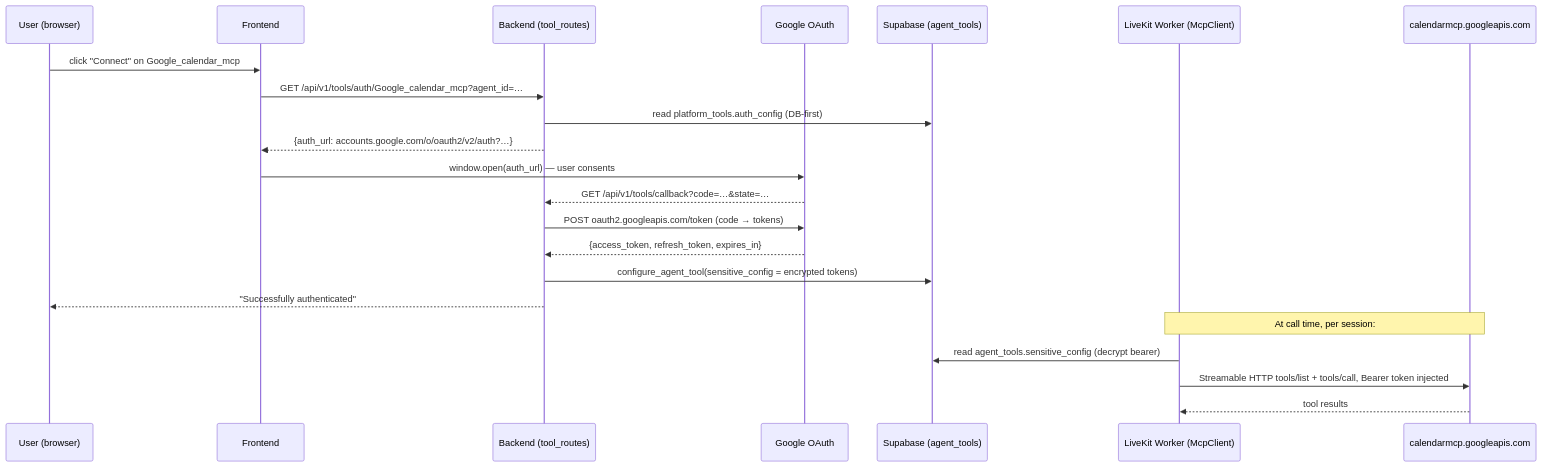
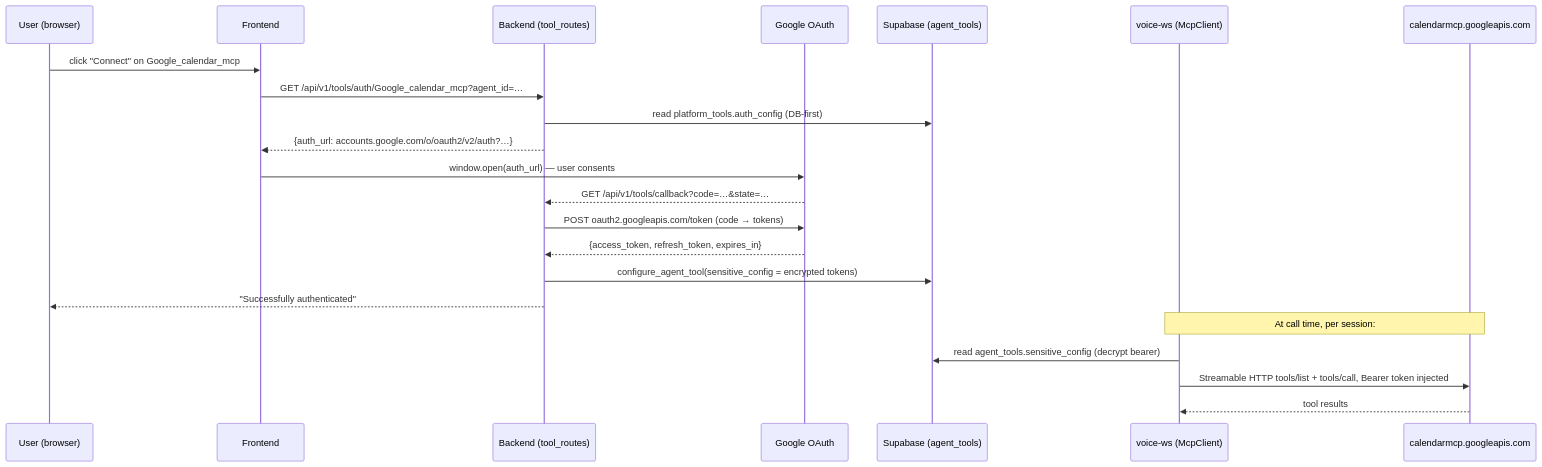
Before and after one commit to gauravdhiman/a1-voice-agent-platform: the second of 3 diagrams in docs/03_implementation/mcp_integration_rfc.md, drawn with Mermaid. The commit also changed other lines of this file and 163 other files, not shown here.

Commit message:
feat(voice): remove LiveKit worker; Pipecat voice-ws is the only voice runtime

````diff
--- a/docs/03_implementation/mcp_integration_rfc.md
+++ b/docs/03_implementation/mcp_integration_rfc.md
@@ -302,24 +304,24 @@
 ```mermaid
 sequenceDiagram
     participant U as User (browser)
     participant FE as Frontend
     participant BE as Backend (tool_routes)
     participant G as Google OAuth
     participant DB as Supabase (agent_tools)
-    participant W as LiveKit Worker (McpClient)
+    participant W as voice-ws (McpClient)
     participant MCP as calendarmcp.googleapis.com
     U->>FE: click "Connect" on Google_calendar_mcp
     FE->>BE: GET /api/v1/tools/auth/Google_calendar_mcp?agent_id=…
     BE->>DB: read platform_tools.auth_config (DB-first)
     BE-->>FE: {auth_url: accounts.google.com/o/oauth2/v2/auth?…}
     FE->>G: window.open(auth_url) — user consents
     G-->>BE: GET /api/v1/tools/callback?code=…&state=…
     BE->>G: POST oauth2.googleapis.com/token (code → tokens)
     G-->>BE: {access_token, refresh_token, expires_in}
     BE->>DB: configure_agent_tool(sensitive_config = encrypted tokens)
     BE-->>U: "Successfully authenticated"
     Note over W,MCP: At call time, per session:
     W->>DB: read agent_tools.sensitive_config (decrypt bearer)
     W->>MCP: Streamable HTTP tools/list + tools/call, Bearer token injected
     MCP-->>W: tool results
 ```
````
